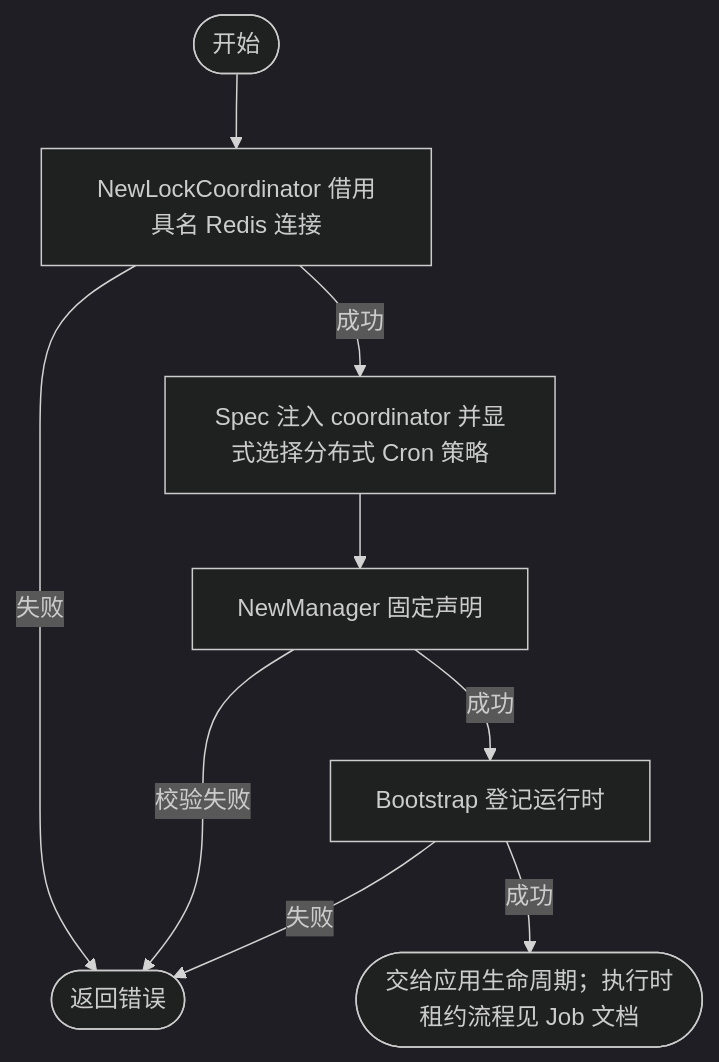
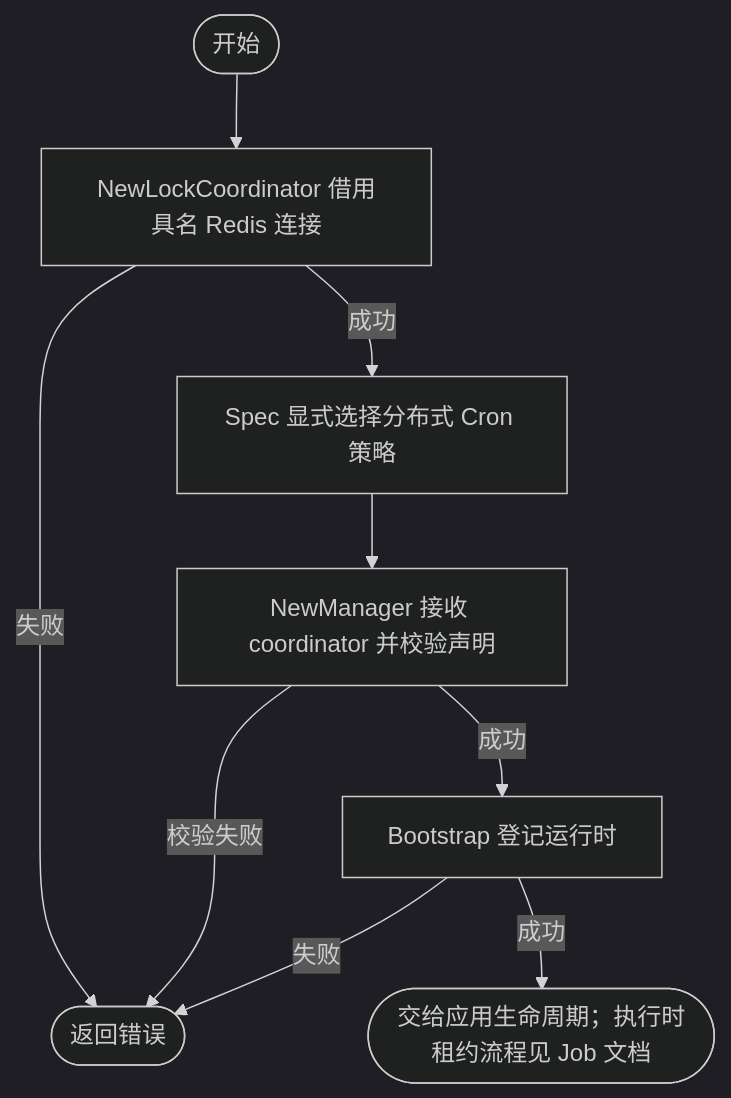
One commit to jaggerzhuang1994/kratos-foundation changed the diagram in contrib/job/redis/README.md. Above: the diagram before and after it, drawn with Mermaid (dark theme). The commit also changed other lines of this file and 29 other files, not shown here.

````diff
--- a/contrib/job/redis/README.md
+++ b/contrib/job/redis/README.md
@@ -7,11 +7,11 @@
 ```mermaid
 flowchart TD
     A([开始]) --> B[NewLockCoordinator 借用具名 Redis 连接]
     B -- 失败 --> E([返回错误])
-    B -- 成功 --> C[Spec 注入 coordinator 并显式选择分布式 Cron 策略]
-    C --> D[NewManager 固定声明]
+    B -- 成功 --> C[Spec 显式选择分布式 Cron 策略]
+    C --> D[NewManager 接收 coordinator 并校验声明]
     D -- 校验失败 --> E
     D -- 成功 --> F[Bootstrap 登记运行时]
     F -- 失败 --> E
     F -- 成功 --> G([交给应用生命周期；执行时租约流程见 Job 文档])
 ```
````
